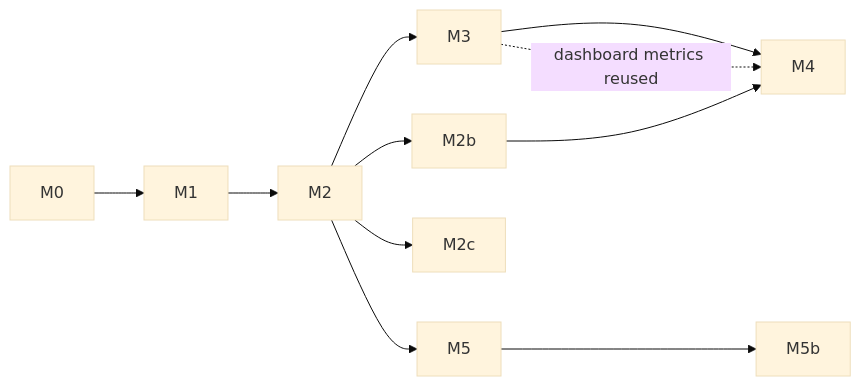
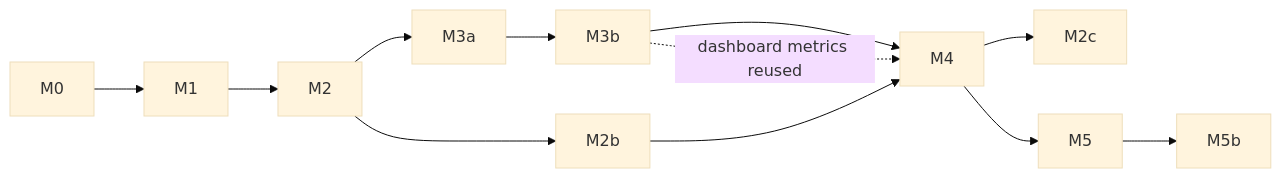
The diagram in docs/plans/README.md (isoloop/isoloop), drawn with Mermaid (base theme) before and after one commit. The commit also changed other lines of this file and 12 other files, not shown here.

````diff
--- a/docs/plans/README.md
+++ b/docs/plans/README.md
@@ -19,8 +21,8 @@
 ```mermaid
 flowchart LR
-  M0 --> M1 --> M2 --> M3 --> M4
+  M0 --> M1 --> M2 --> M3a --> M3b --> M4
   M2 --> M2b --> M4
-  M2 --> M2c
-  M2 --> M5 --> M5b
-  M3 -. "dashboard metrics reused" .-> M4
+  M4 --> M2c
+  M4 --> M5 --> M5b
+  M3b -. "dashboard metrics reused" .-> M4
 ```
````
